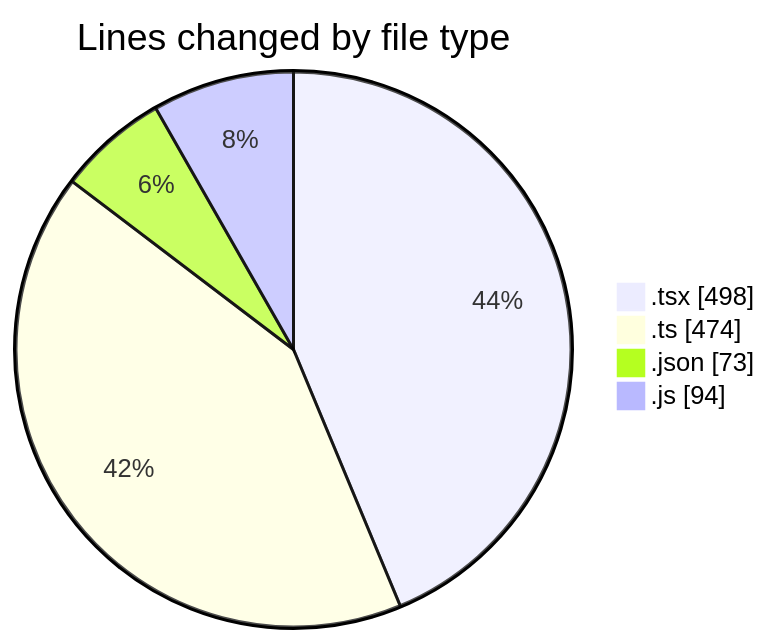
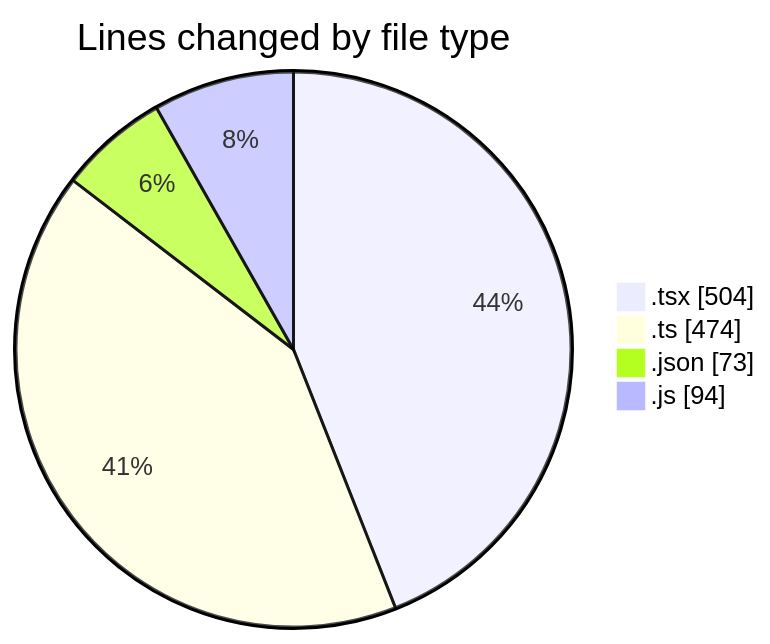
Before and after one commit to robertbonfada/code-tracking: the first of 2 diagrams in 2025-01-20/mbc-web/README.md, drawn with Mermaid. The commit also changed other lines of this file and 1 other file, not shown here.

````diff
--- a/2025-01-20/mbc-web/README.md
+++ b/2025-01-20/mbc-web/README.md
@@ -32,8 +32,8 @@
 ```mermaid
 pie showData
 title Lines changed by file type
-".tsx" : 498
+".tsx" : 504
 ".ts" : 474
 ".json" : 73
 ".js" : 94
 ```
````
